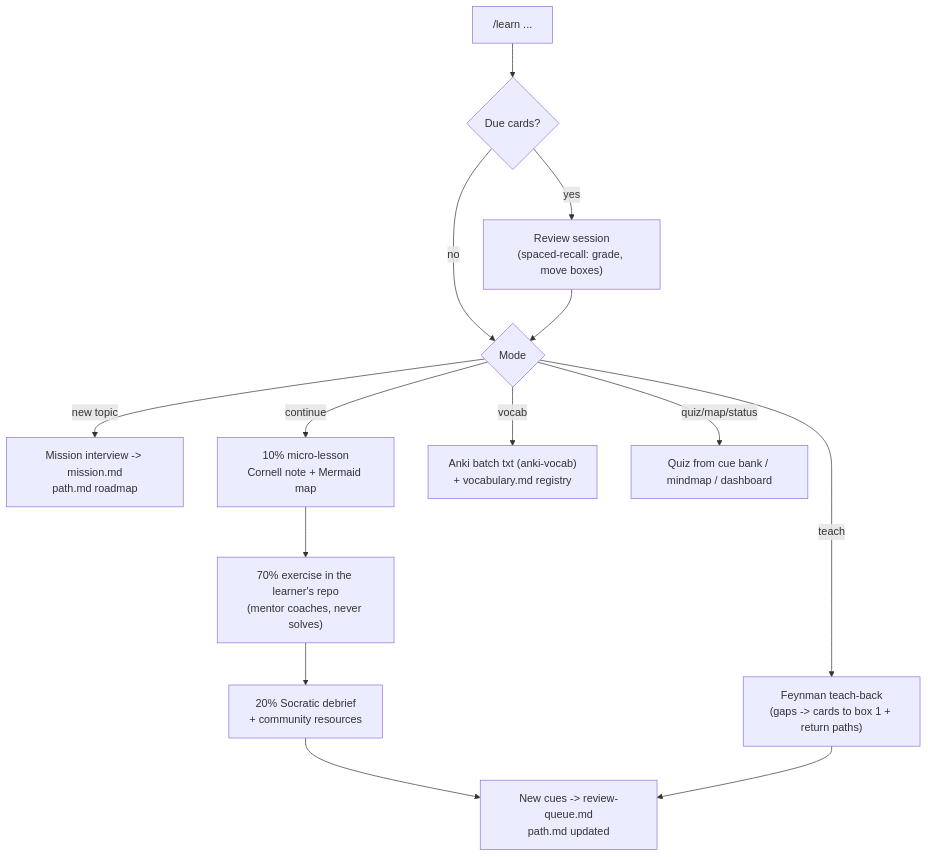
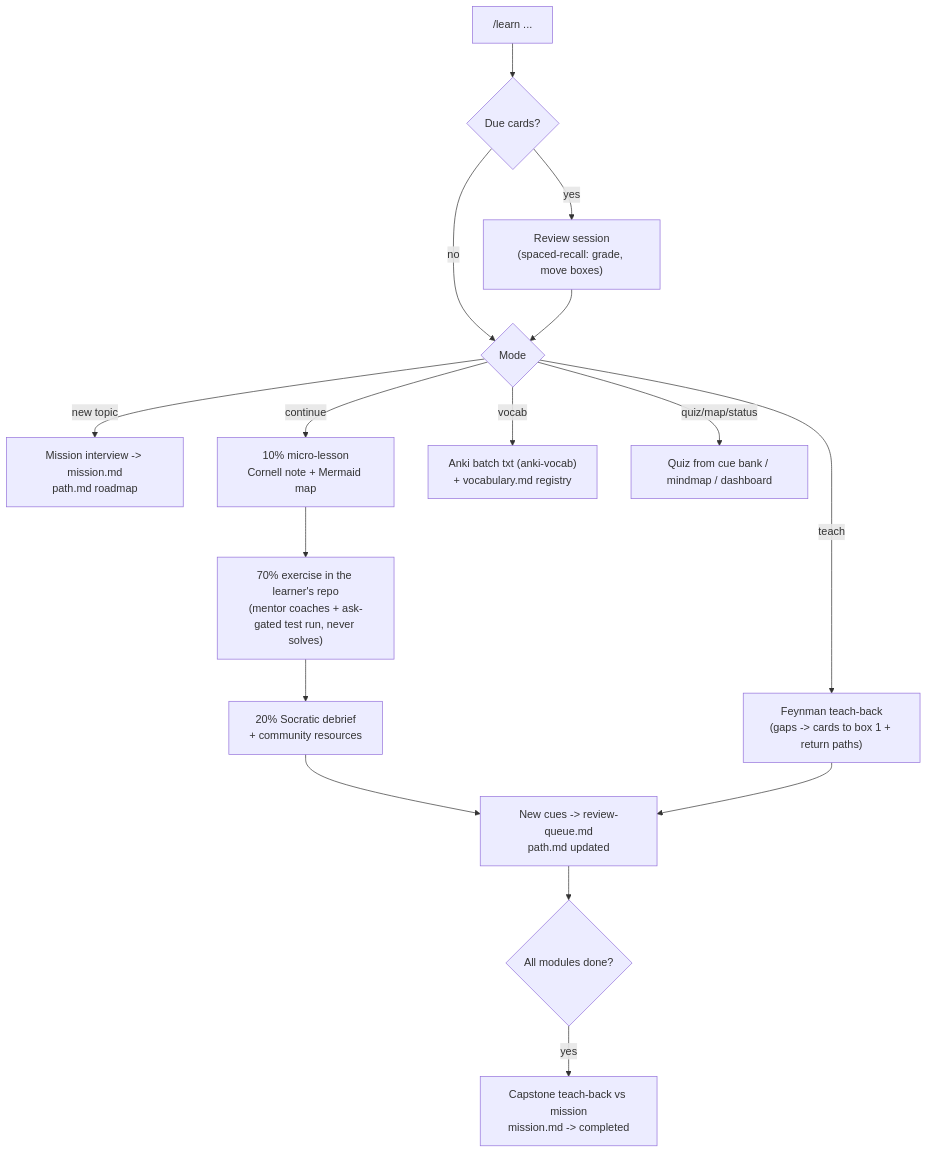
Before and after one commit to andresnator/agents-orchestrator: the diagram in domains/learning/README.md, drawn with Mermaid. The commit also changed other lines of this file and 8 other files, not shown here.

````diff
--- a/domains/learning/README.md
+++ b/domains/learning/README.md
@@ -21,16 +21,18 @@
 ```mermaid
 graph TD
     L["/learn ..."] --> D{Due cards?}
     D -- yes --> R["Review session<br/>(spaced-recall: grade, move boxes)"]
     D -- no --> M{Mode}
     R --> M
     M -- new topic --> MI["Mission interview -> mission.md<br/>path.md roadmap"]
     M -- continue --> TEN["10% micro-lesson<br/>Cornell note + Mermaid map"]
-    TEN --> SEV["70% exercise in the learner's repo<br/>(mentor coaches, never solves)"]
+    TEN --> SEV["70% exercise in the learner's repo<br/>(mentor coaches + ask-gated test run, never solves)"]
     SEV --> TWE["20% Socratic debrief<br/>+ community resources"]
     TWE --> Q["New cues -> review-queue.md<br/>path.md updated"]
+    Q --> DONE{All modules done?}
+    DONE -- yes --> CAP["Capstone teach-back vs mission<br/>mission.md -> completed"]
     M -- teach --> F["Feynman teach-back<br/>(gaps -> cards to box 1 + return paths)"]
     F --> Q
     M -- vocab --> V["Anki batch txt (anki-vocab)<br/>+ vocabulary.md registry"]
     M -- quiz/map/status --> A["Quiz from cue bank / mindmap / dashboard"]
 ```
````
